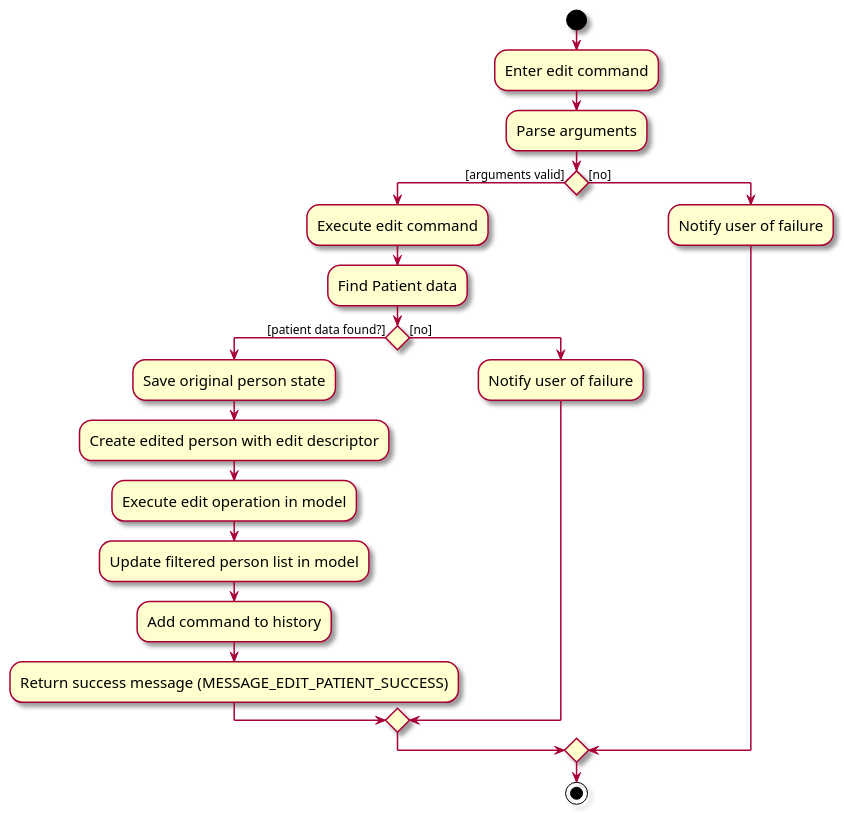
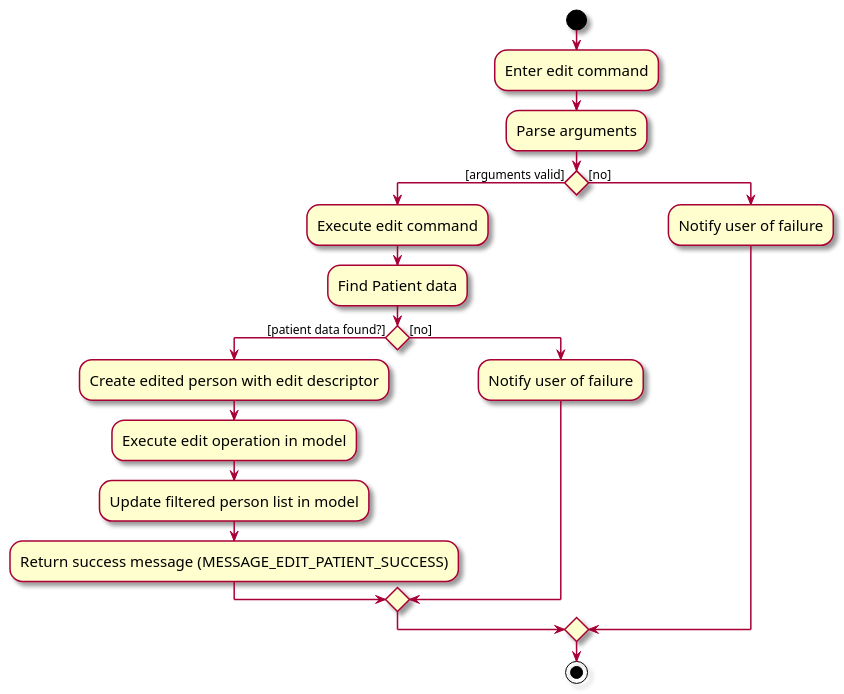
The diagram in diagrams/EditActivityDiagram.puml (AY2324S1-CS2103T-T14-3/tp), drawn with PlantUML before and after one commit. The commit also changed 39 other files, not shown here.

```diff
--- a/diagrams/EditActivityDiagram.puml
+++ b/diagrams/EditActivityDiagram.puml
@@ -1,37 +1,35 @@
 @startuml
 skin rose
 skinparam ActivityFontSize 15
 skinparam ArrowFontSize 12
 
 start
 :Enter edit command;
 :Parse arguments;
 
 if () then ([arguments valid])
 
 :Execute edit command;
 :Find Patient data;
 
 if () then ([patient data found?])
 
-:Save original person state;
 :Create edited person with edit descriptor;
 :Execute edit operation in model;
 :Update filtered person list in model;
-:Add command to history;
 :Return success message (MESSAGE_EDIT_PATIENT_SUCCESS);
 else ([no])
 
 :Notify user of failure;
 endif
 
 else ([no])
 
 :Notify user of failure;
 
 endif
 
 stop
 
 
 @enduml
```
